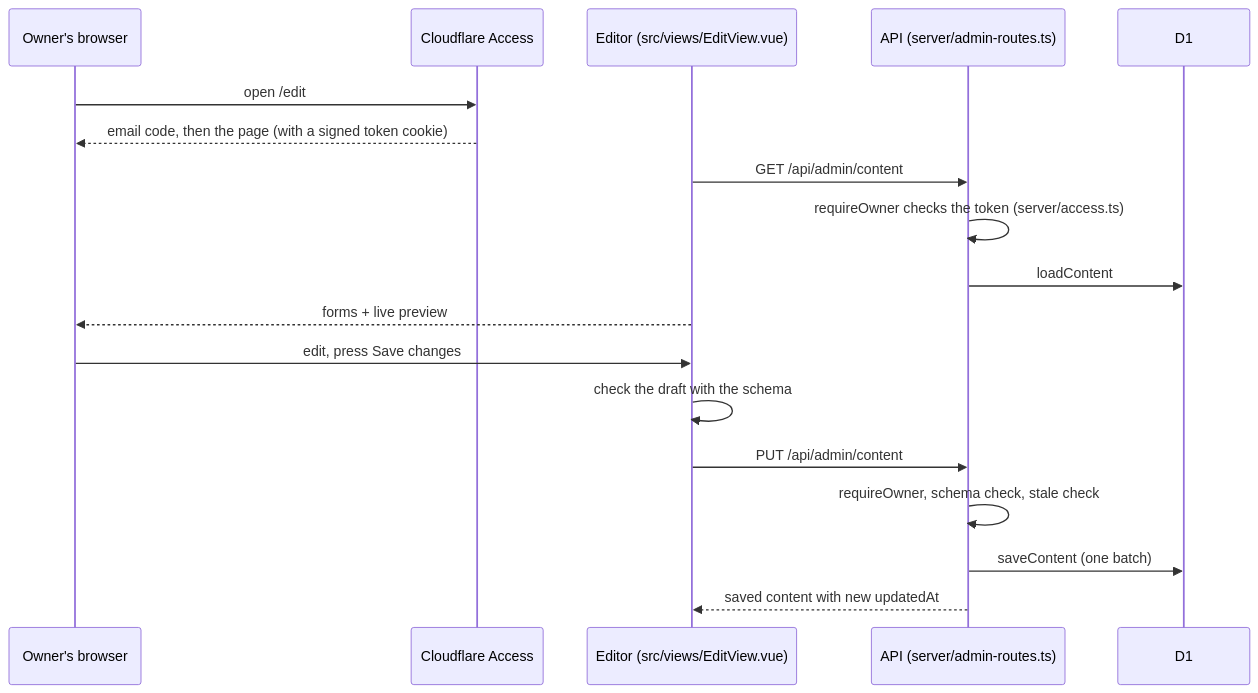
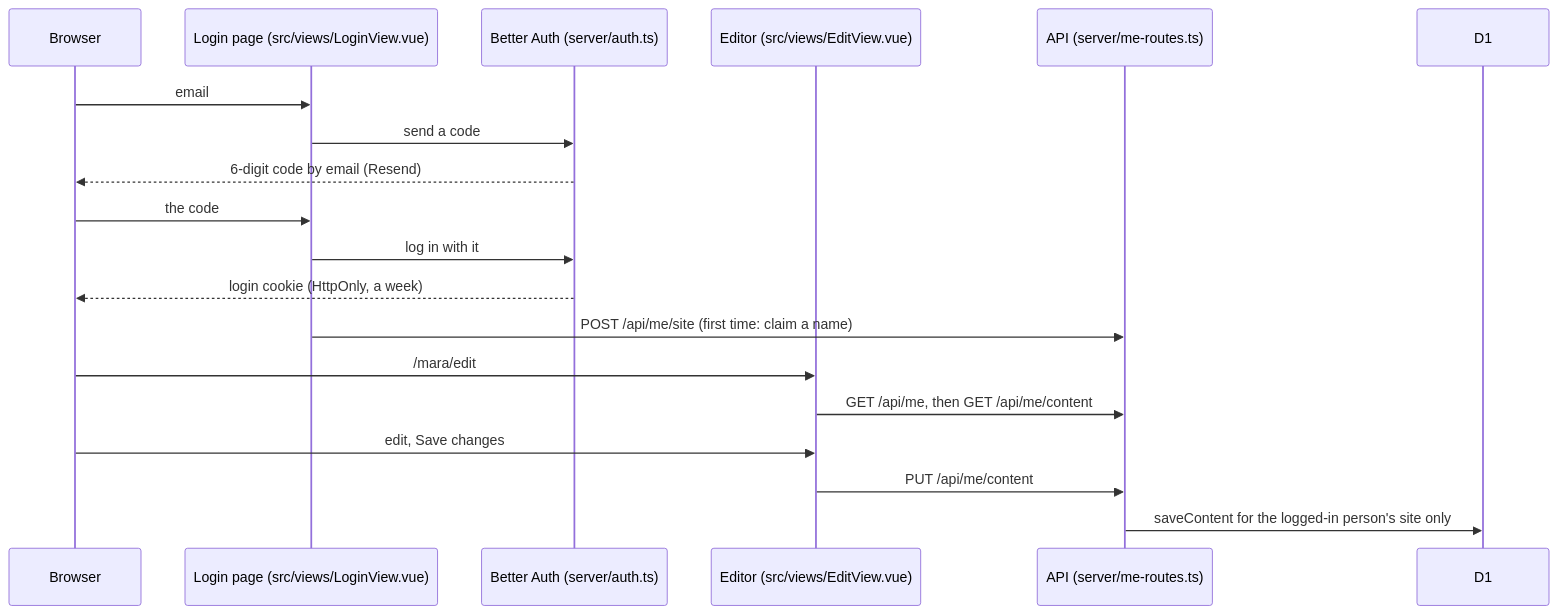
The third of 3 diagrams in docs/guide.md (NabilRobert/author-website), drawn with Mermaid before and after one commit. The commit also changed other lines of this file and 1 other file, not shown here.

Commit message:
docs: describe framed's login, per-person sites and setup in the guide and readme

````diff
--- a/docs/guide.md
+++ b/docs/guide.md
@@ -65,20 +69,21 @@
 ```mermaid
 sequenceDiagram
-  participant O as Owner's browser
-  participant A as Cloudflare Access
+  participant B as Browser
+  participant L as Login page (src/views/LoginView.vue)
+  participant A as Better Auth (server/auth.ts)
   participant E as Editor (src/views/EditView.vue)
-  participant S as API (server/admin-routes.ts)
+  participant S as API (server/me-routes.ts)
   participant D as D1
-  O->>A: open /edit
-  A-->>O: email code, then the page (with a signed token cookie)
-  E->>S: GET /api/admin/content
-  S->>S: requireOwner checks the token (server/access.ts)
-  S->>D: loadContent
-  E-->>O: forms + live preview
-  O->>E: edit, press Save changes
-  E->>E: check the draft with the schema
-  E->>S: PUT /api/admin/content
-  S->>S: requireOwner, schema check, stale check
-  S->>D: saveContent (one batch)
-  S-->>E: saved content with new updatedAt
+  B->>L: email
+  L->>A: send a code
+  A-->>B: 6-digit code by email (Resend)
+  B->>L: the code
+  L->>A: log in with it
+  A-->>B: login cookie (HttpOnly, a week)
+  L->>S: POST /api/me/site (first time: claim a name)
+  B->>E: /mara/edit
+  E->>S: GET /api/me, then GET /api/me/content
+  B->>E: edit, Save changes
+  E->>S: PUT /api/me/content
+  S->>D: saveContent for the logged-in person's site only
 ```
````
